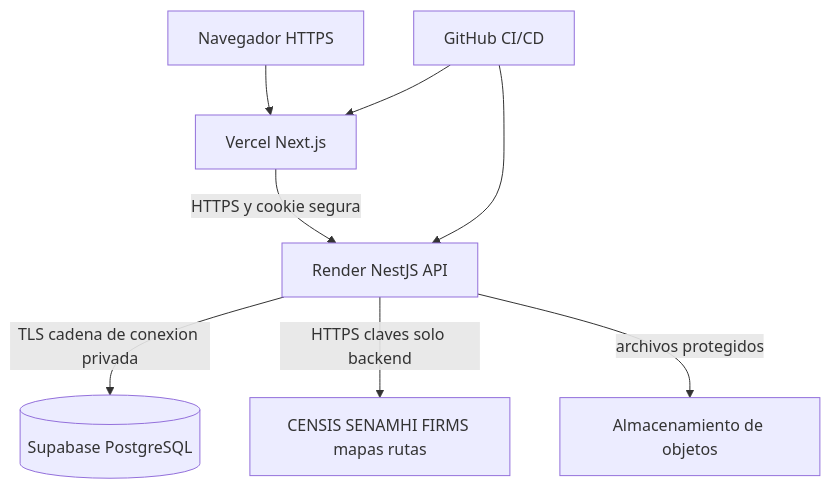
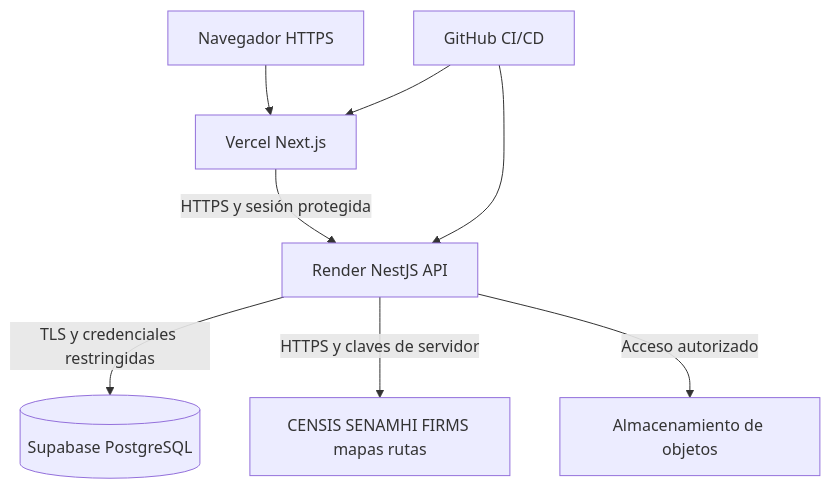
Before and after one commit to EderPanta18/alivia-humanitarian-system-design: the diagram in docs/12-infraestructura/01-topologia-cloud.md, drawn with Mermaid. The commit also changed other lines of this file and 44 other files, not shown here.

````diff
--- a/docs/12-infraestructura/01-topologia-cloud.md
+++ b/docs/12-infraestructura/01-topologia-cloud.md
@@ -7,10 +9,10 @@
 ```mermaid
 flowchart TB
- User[Navegador HTTPS] --> CDN[Vercel Next.js]
- CDN -->|HTTPS y cookie segura| API[Render NestJS API]
- API -->|TLS cadena de conexion privada| DB[(Supabase PostgreSQL)]
- API -->|HTTPS claves solo backend| External[CENSIS SENAMHI FIRMS mapas rutas]
- API -->|archivos protegidos| Objects[Almacenamiento de objetos]
- CI[GitHub CI/CD] --> CDN
- CI --> API
+    User[Navegador HTTPS] --> CDN[Vercel Next.js]
+    CDN -->|HTTPS y sesión protegida| API[Render NestJS API]
+    API -->|TLS y credenciales restringidas| DB[(Supabase PostgreSQL)]
+    API -->|HTTPS y claves de servidor| External[CENSIS SENAMHI FIRMS mapas rutas]
+    API -->|Acceso autorizado| Objects[Almacenamiento de objetos]
+    CI[GitHub CI/CD] --> CDN
+    CI --> API
 ```
````
